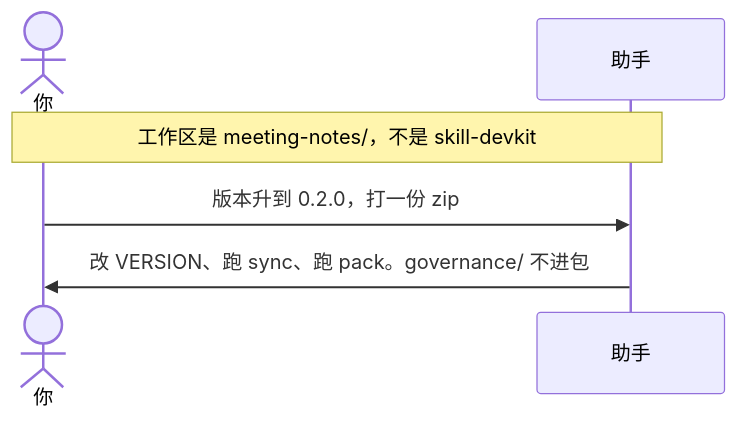
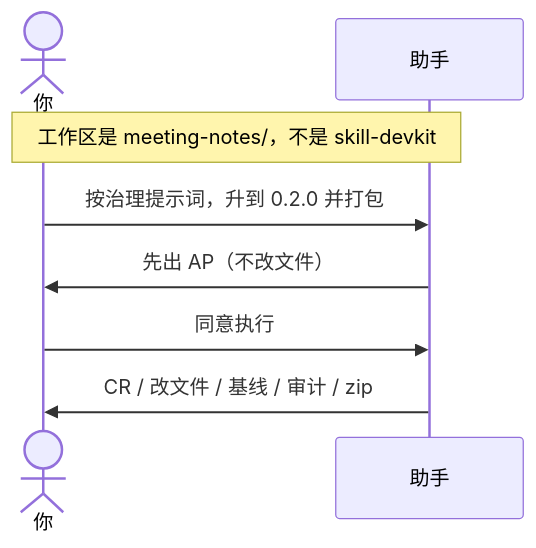
Before and after one commit to qiusuo0226/skill-devkit-skill: the first of 2 diagrams in examples/06-初始化之后打包和升版本.md, drawn with Mermaid. The commit also changed other lines of this file and 28 other files, not shown here.

````diff
--- a/examples/06-初始化之后打包和升版本.md
+++ b/examples/06-初始化之后打包和升版本.md
@@ -11,9 +11,11 @@
 ```mermaid
 sequenceDiagram
     actor You as 你
     participant AI as 助手
 
     Note over You,AI: 工作区是 meeting-notes/，不是 skill-devkit
-    You->>AI: 版本升到 0.2.0，打一份 zip
-    AI->>You: 改 VERSION、跑 sync、跑 pack。governance/ 不进包
+    You->>AI: 按治理提示词，升到 0.2.0 并打包
+    AI->>You: 先出 AP（不改文件）
+    You->>AI: 同意执行
+    AI->>You: CR / 改文件 / 基线 / 审计 / zip
 ```
````
